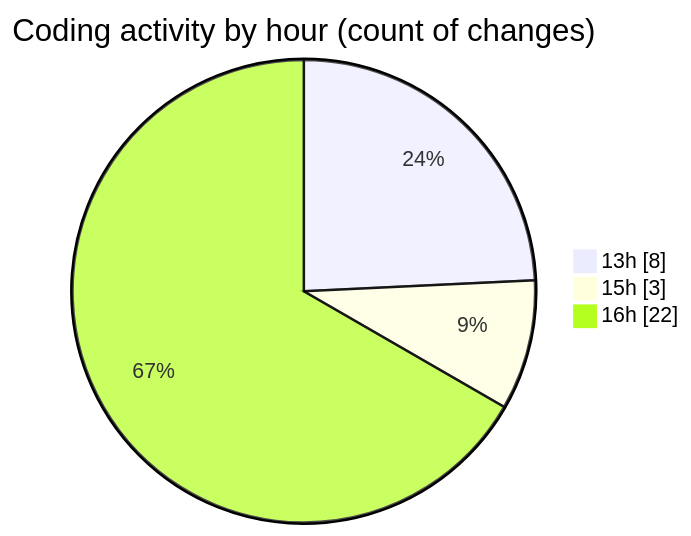
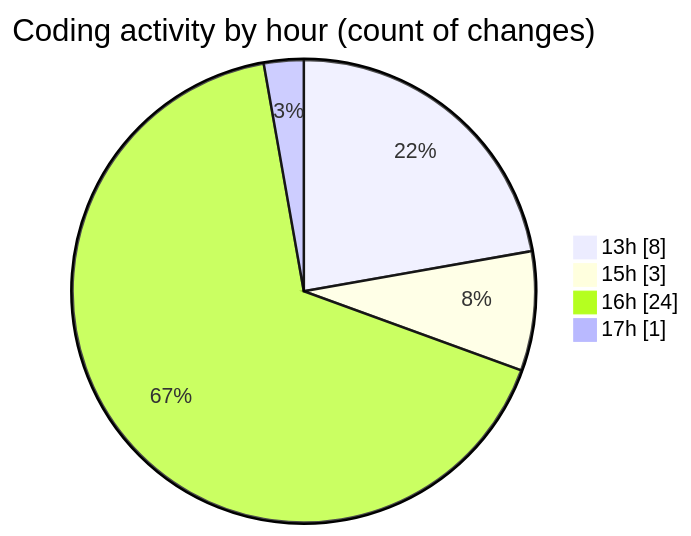
Before and after one commit to nxtqubesakshisongat/code-tracking: the second of 2 diagrams in 2025-08-01/nxtqube_webapp/README.md, drawn with Mermaid. The commit also changed other lines of this file and 1 other file, not shown here.

````diff
--- a/2025-08-01/nxtqube_webapp/README.md
+++ b/2025-08-01/nxtqube_webapp/README.md
@@ -34,7 +34,8 @@
 ```mermaid
 pie showData
 title Coding activity by hour (count of changes)
 "13h" : 8
 "15h" : 3
-"16h" : 22
+"16h" : 24
+"17h" : 1
 ```
````
